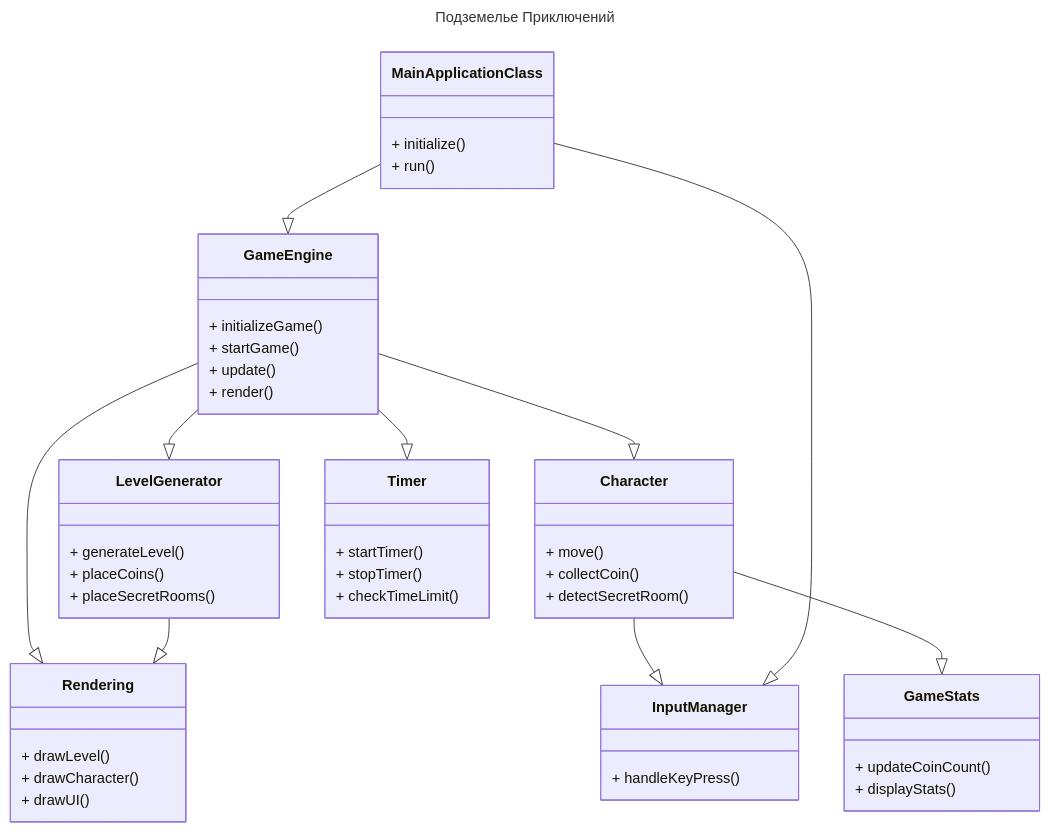
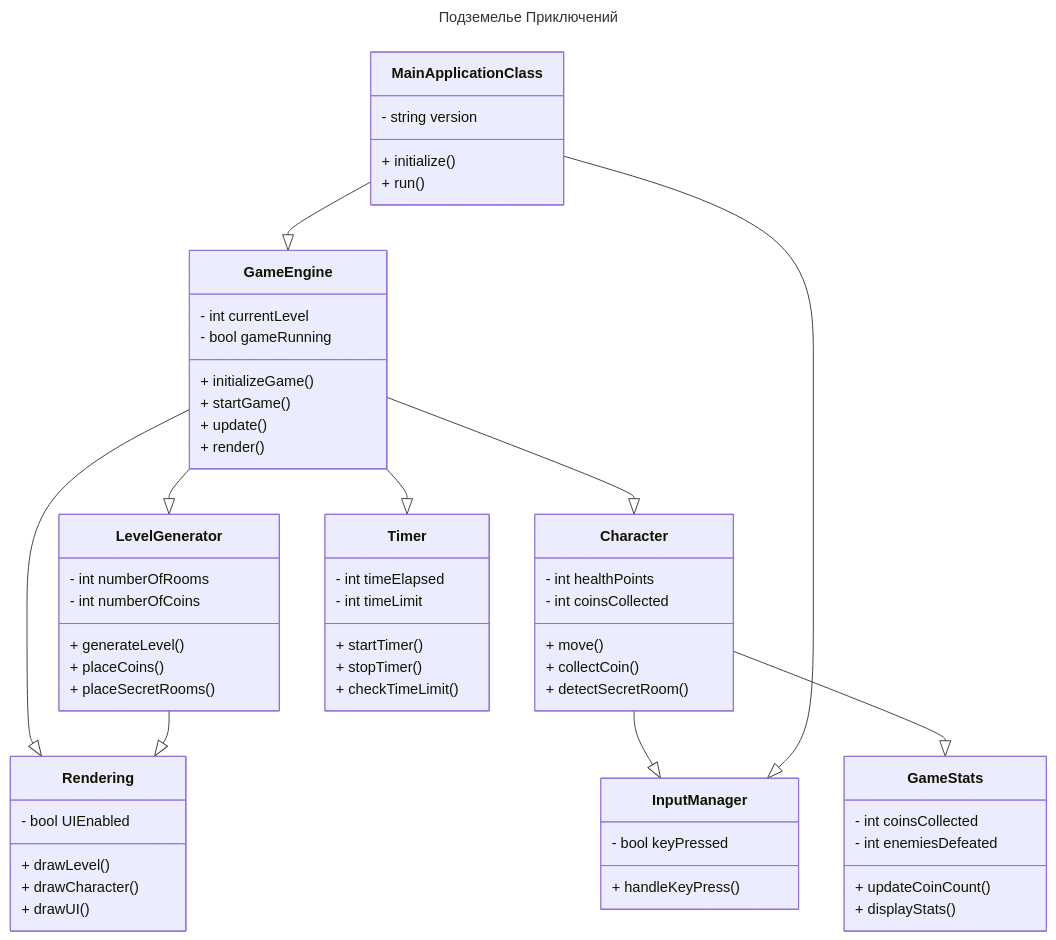
The diagram in docs/struct.md (EgorVarshutin22107/laughing-potato), drawn with Mermaid before and after one commit. The commit also changed other lines of this file, not shown here.

Commit message:
Поправил диаграмму

````diff
--- a/docs/struct.md
+++ b/docs/struct.md
@@ -6,54 +1,67 @@
 ```mermaid
 ---
 title: Подземелье Приключений
 ---
+
 classDiagram 
     class GameEngine {
         + initializeGame()
         + startGame()
         + update()
         + render()
+        - int currentLevel
+        - bool gameRunning
     }
     class LevelGenerator {
         + generateLevel()
         + placeCoins()
         + placeSecretRooms()
+        - int numberOfRooms
+        - int numberOfCoins
     }
     class Character {
         + move()
         + collectCoin()
         + detectSecretRoom()
+        - int healthPoints
+        - int coinsCollected
     }
     class Timer {
         + startTimer()
         + stopTimer()
         + checkTimeLimit()
+        - int timeElapsed
+        - int timeLimit
     }
     class Rendering {
         + drawLevel()
         + drawCharacter()
         + drawUI()
+        - bool UIEnabled
     }
     class InputManager {
         + handleKeyPress()
+        - bool keyPressed
     }
     class GameStats {
         + updateCoinCount()
         + displayStats()
+        - int coinsCollected
+        - int enemiesDefeated
     }
     class MainApplicationClass {
         + initialize()
         + run()
+        - string version
     }
 
     GameEngine --|> LevelGenerator
     GameEngine --|> Character
     GameEngine --|> Rendering
     GameEngine --|> Timer
     LevelGenerator --|> Rendering
     Character --|> InputManager
     Character --|> GameStats
     MainApplicationClass --|> GameEngine
     MainApplicationClass --|> InputManager
-
 ```
````
